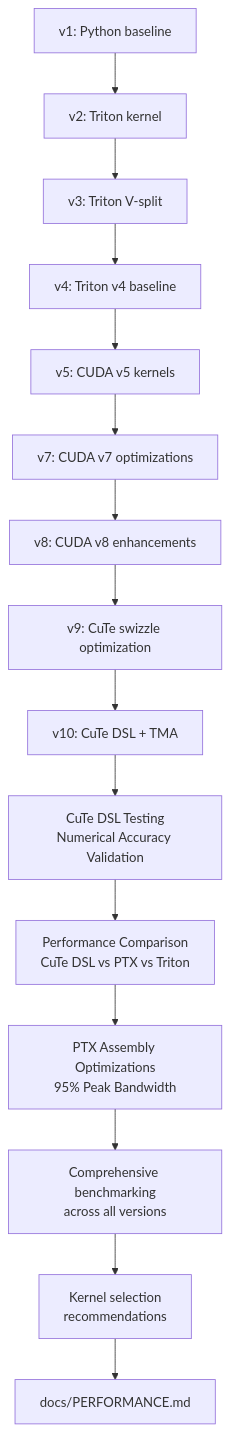
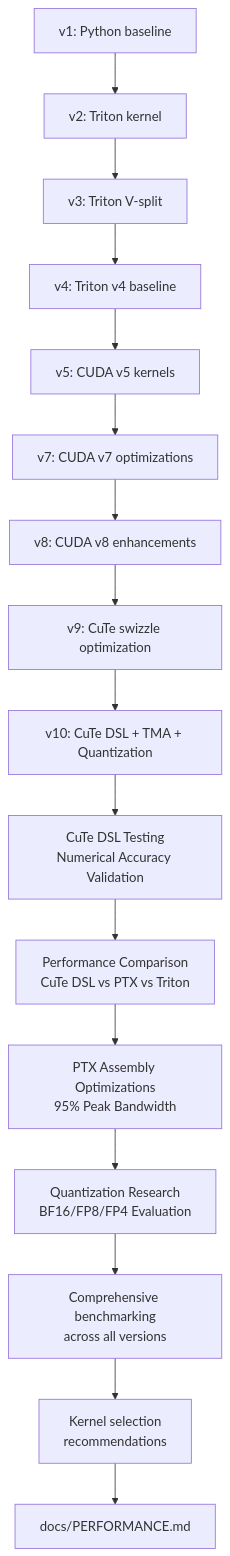
Before and after one commit to gugudeshubao/flashinfer-bench-tma-thrust: diagram 17 of 17 in .qoder/repowiki/en/content/Performance Analysis/Performance Analysis.md, drawn with Mermaid. The commit also changed other lines of this file and 5 other files, not shown here.

````diff
--- a/.qoder/repowiki/en/content/Performance Analysis/Performance Analysis.md
+++ b/.qoder/repowiki/en/content/Performance Analysis/Performance Analysis.md
@@ -905,17 +1090,18 @@
 ```mermaid
 flowchart TD
 V1["v1: Python baseline"] --> V2["v2: Triton kernel"]
 V2 --> V3["v3: Triton V-split"]
 V3 --> V4["v4: Triton v4 baseline"]
 V4 --> V5["v5: CUDA v5 kernels"]
 V5 --> V7["v7: CUDA v7 optimizations"]
 V7 --> V8["v8: CUDA v8 enhancements"]
 V8 --> V9["v9: CuTe swizzle optimization"]
-V9 --> V10["v10: CuTe DSL + TMA"]
+V9 --> V10["v10: CuTe DSL + TMA + Quantization"]
 V10 --> CuTeDSL["CuTe DSL Testing<br/>Numerical Accuracy Validation"]
 CuTeDSL --> PerfComp["Performance Comparison<br/>CuTe DSL vs PTX vs Triton"]
 PerfComp --> PTXOpt["PTX Assembly Optimizations<br/>95% Peak Bandwidth"]
-PTXOpt --> Metrics["Comprehensive benchmarking<br/>across all versions"]
+PTXOpt --> QuantRes["Quantization Research<br/>BF16/FP8/FP4 Evaluation"]
+QuantRes --> Metrics["Comprehensive benchmarking<br/>across all versions"]
 Metrics --> Recommendations["Kernel selection<br/>recommendations"]
 Recommendations --> Docs["docs/PERFORMANCE.md"]
 ```
````
